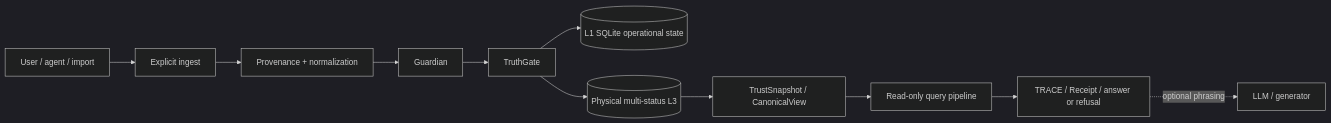
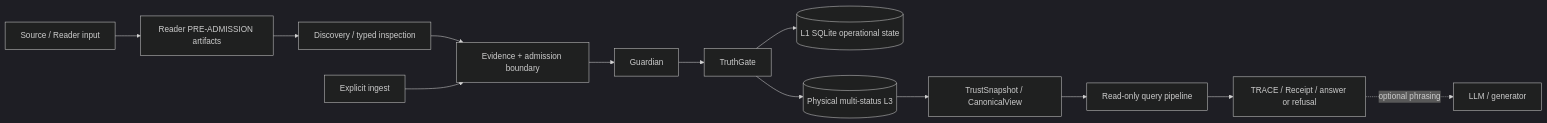
The diagram in docs/ARCHITECTURE.md (velantrian/velantrim-exocortex-crystal), drawn with Mermaid (dark theme) before and after one commit. The commit also changed other lines of this file and 9 other files, not shown here.

````diff
--- a/docs/ARCHITECTURE.md
+++ b/docs/ARCHITECTURE.md
@@ -223,13 +317,15 @@
 ```mermaid
 flowchart LR
-    U[User / agent / import] --> I[Explicit ingest]
-    I --> P[Provenance + normalization]
-    P --> G[Guardian]
+    S[Source / Reader input] --> RD[Reader PRE-ADMISSION artifacts]
+    RD --> DI[Discovery / typed inspection]
+    DI --> EB[Evidence + admission boundary]
+    U[Explicit ingest] --> EB
+    EB --> G[Guardian]
     G --> T[TruthGate]
     T --> L1[(L1 SQLite operational state)]
     T --> L3[(Physical multi-status L3)]
     L3 --> V[TrustSnapshot / CanonicalView]
     V --> Q[Read-only query pipeline]
     Q --> R[TRACE / Receipt / answer or refusal]
     R -. optional phrasing .-> M[LLM / generator]
 ```
````
